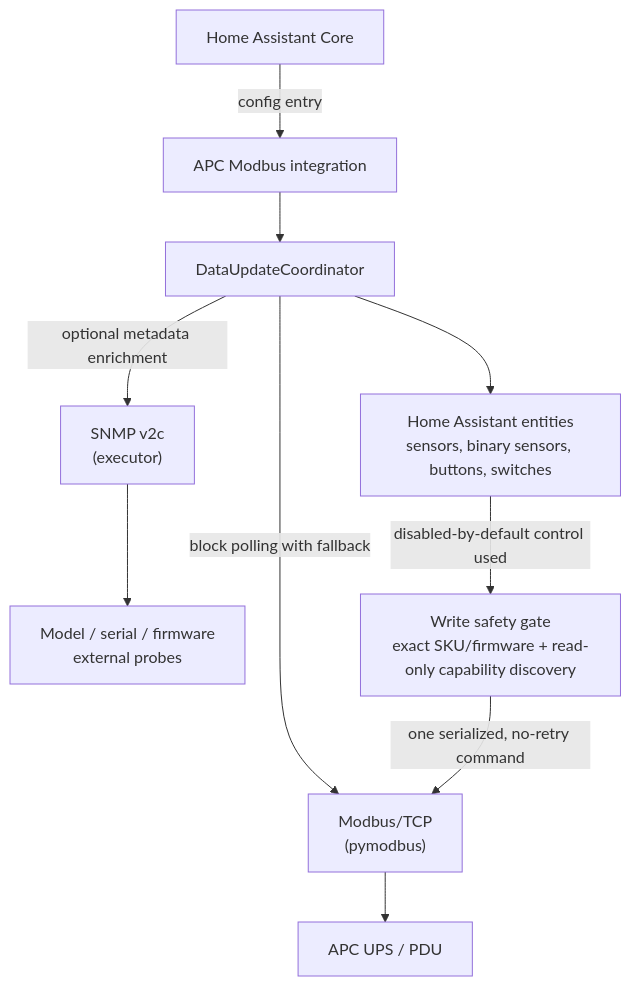
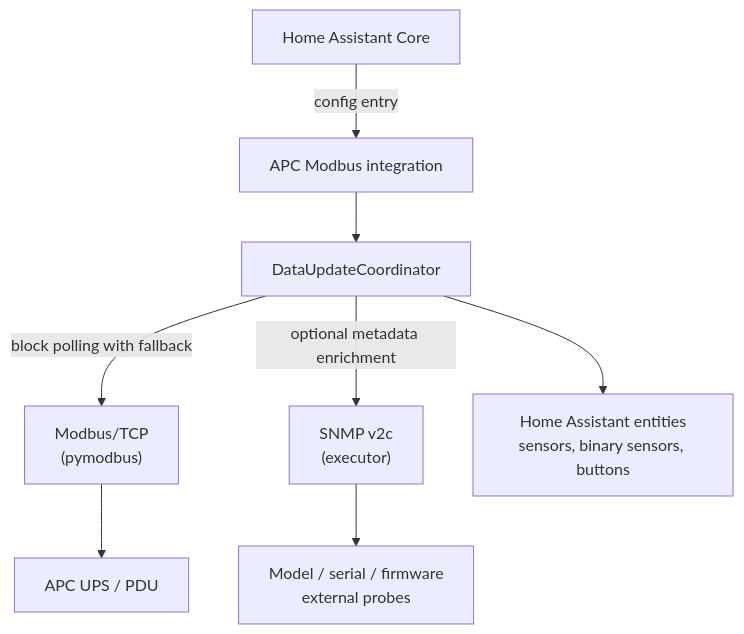
Before and after one commit to aburow/apc-modbus-snmp-ha: the diagram in README.md, drawn with Mermaid. The commit also changed other lines of this file and 29 other files, not shown here.

Commit message:
Prepare 2.1.0-dev.0 read-only release

````diff
--- a/README.md
+++ b/README.md
@@ -102,12 +98,11 @@
 ```mermaid
 graph TD
   HA[Home Assistant Core] -->|config entry| INTEGRATION[APC Modbus integration]
   INTEGRATION --> COORD[DataUpdateCoordinator]
   COORD -->|block polling with fallback| MODBUS["Modbus/TCP<br/>(pymodbus)"]
   MODBUS --> DEVICE["APC UPS / PDU"]
   COORD -->|optional metadata enrichment| SNMP["SNMP v2c<br/>(executor)"]
   SNMP --> META["Model / serial / firmware<br/>external probes"]
-  COORD --> ENT["Home Assistant entities<br/>sensors, binary sensors, buttons, switches"]
-  ENT -->|disabled-by-default control used| GATE["Write safety gate<br/>exact SKU/firmware + read-only capability discovery"]
-  GATE -->|one serialized, no-retry command| MODBUS
+  COORD --> ENT["Home Assistant entities<br/>sensors, binary sensors, buttons"]
+
 ```
````
